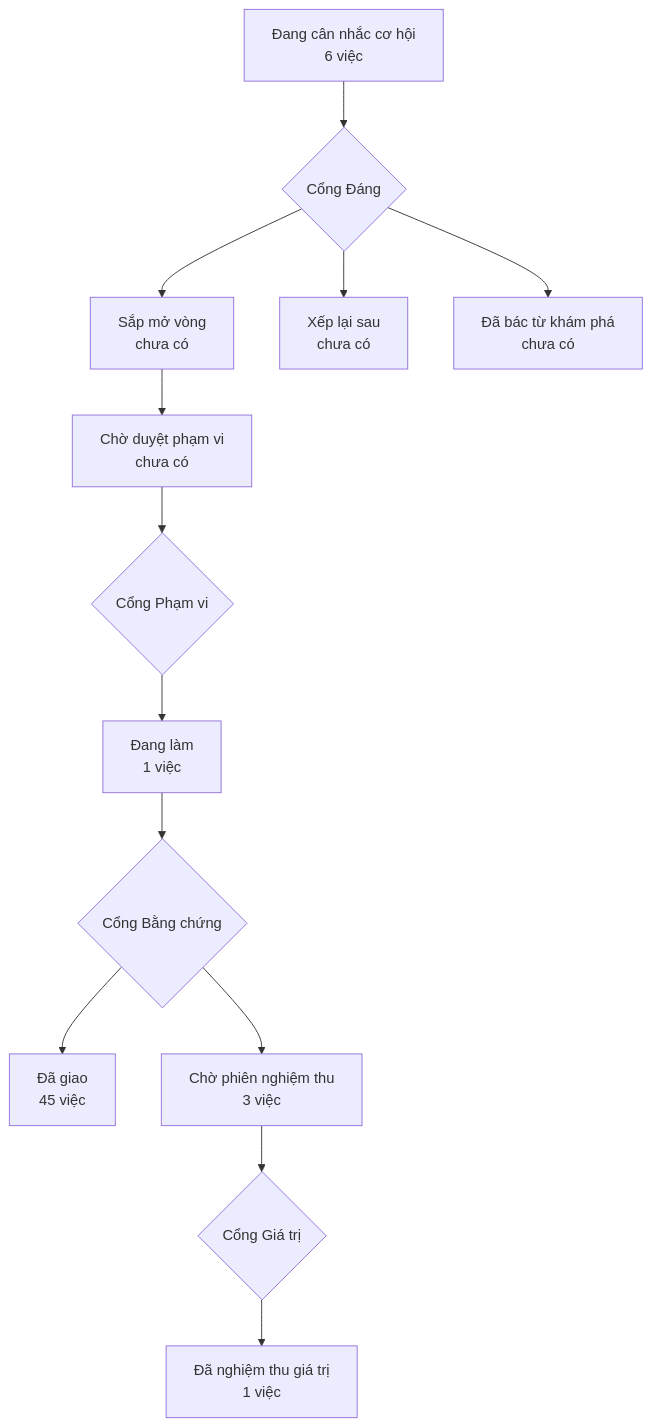
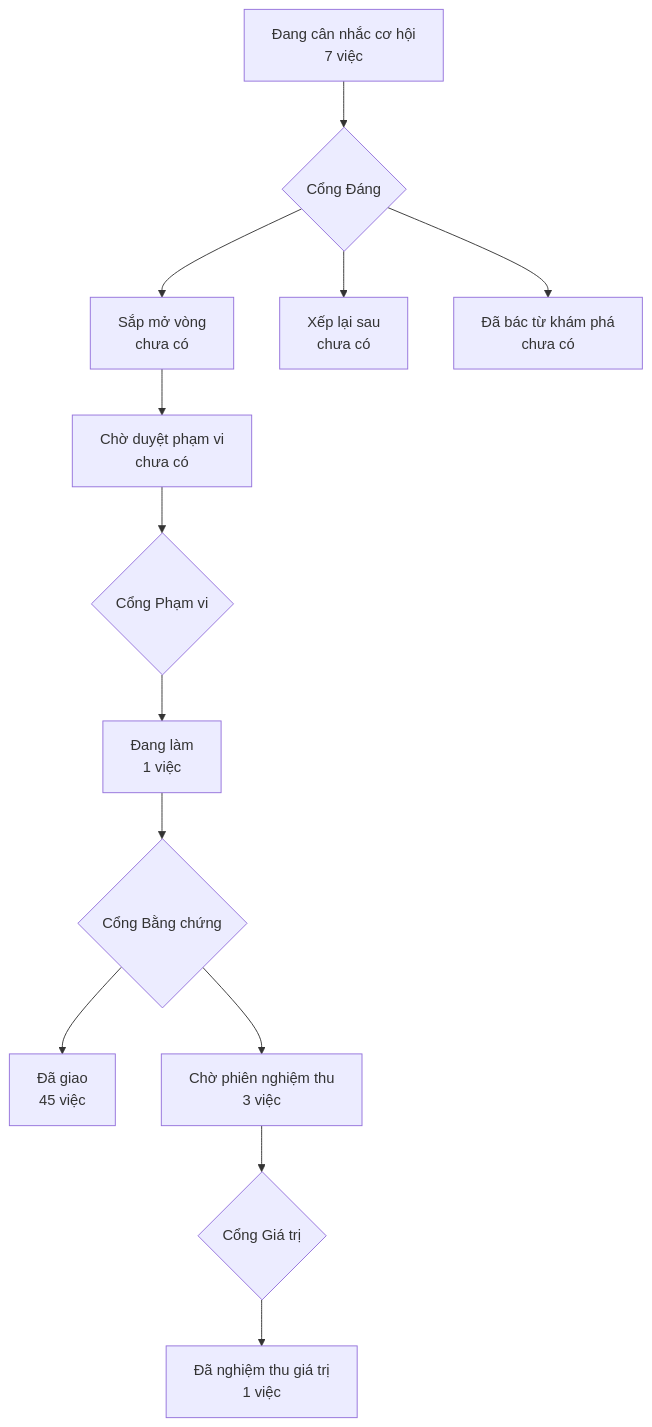
The diagram in PRODUCT-MAP.md (phanlemanh/crm-onehub), drawn with Mermaid before and after one commit. The commit also changed other lines of this file and 1 other file, not shown here.

Commit message:
docs(acceptance): mo o co hoi khuon-mat-bo-phan tu Ngoai-3/5 cua sua-luu-tru-dieu-phoi

````diff
--- a/PRODUCT-MAP.md
+++ b/PRODUCT-MAP.md
@@ -6,12 +6,12 @@
 ```mermaid
 flowchart TD
-  A["Đang cân nhắc cơ hội<br/>6 việc"] --> GD{"Cổng Đáng"}
+  A["Đang cân nhắc cơ hội<br/>7 việc"] --> GD{"Cổng Đáng"}
   GD --> B["Sắp mở vòng<br/>chưa có"]
   GD --> XL["Xếp lại sau<br/>chưa có"]
   GD --> DB["Đã bác từ khám phá<br/>chưa có"]
   B --> CD["Chờ duyệt phạm vi<br/>chưa có"] --> GP{"Cổng Phạm vi"}
   GP --> DL["Đang làm<br/>1 việc"] --> GB{"Cổng Bằng chứng"}
   GB --> DG["Đã giao<br/>45 việc"]
   GB --> CN["Chờ phiên nghiệm thu<br/>3 việc"] --> GG{"Cổng Giá trị"}
   GG --> NT["Đã nghiệm thu giá trị<br/>1 việc"]
 ```
````
